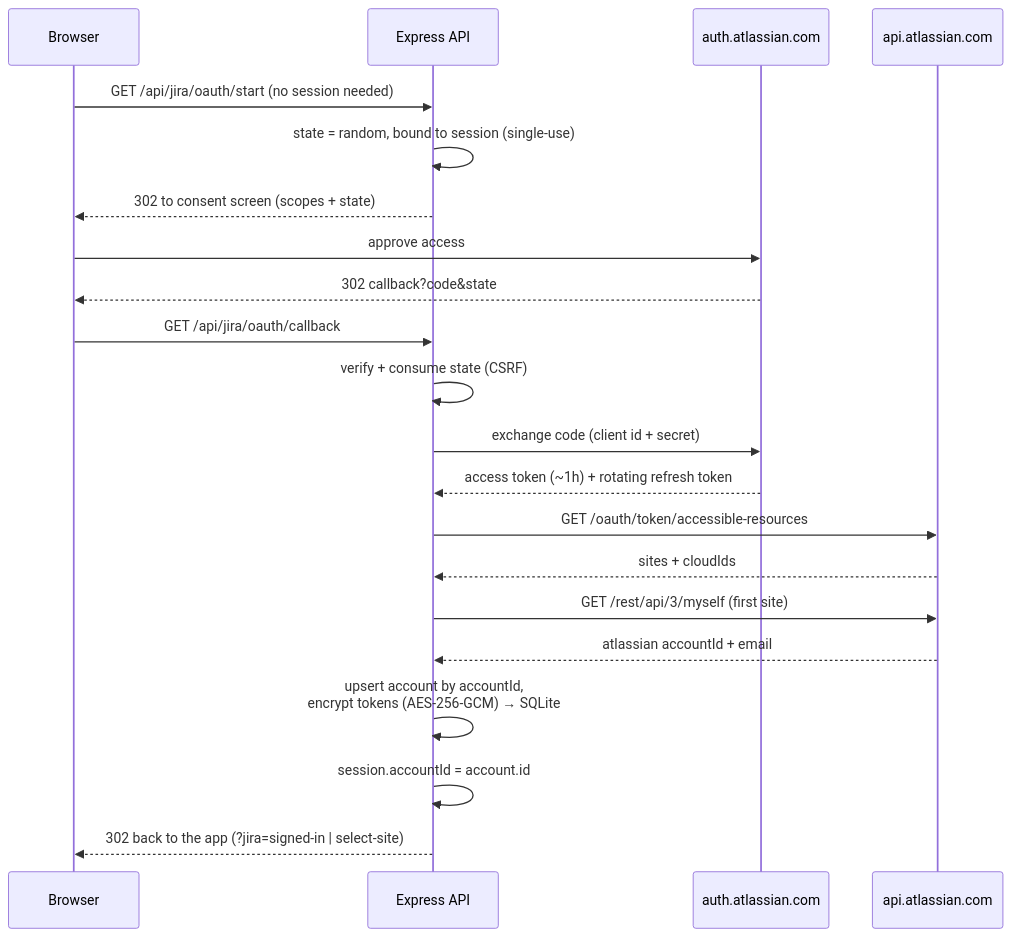
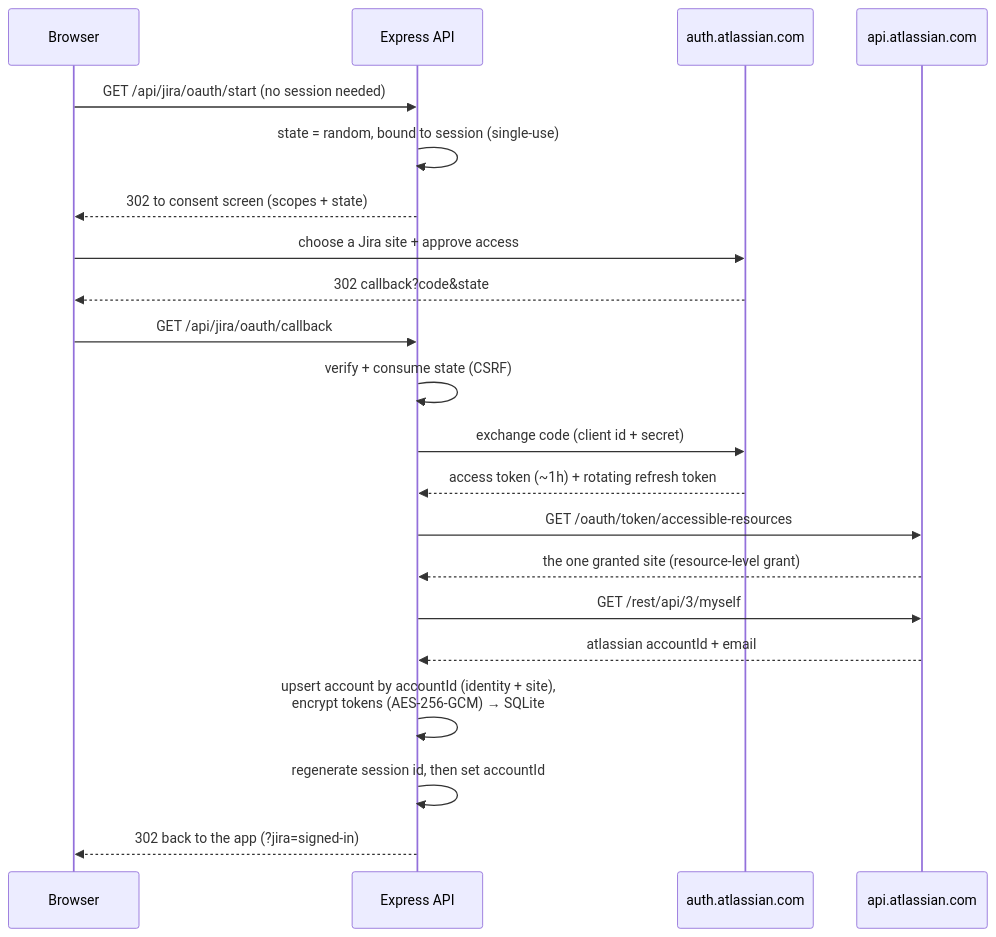
One commit to lerman01/IdentityHub changed the second of 4 diagrams in docs/ARCHITECTURE.md. Above: the diagram before and after it, drawn with Mermaid. The commit also changed other lines of this file and 16 other files, not shown here.

````diff
--- a/docs/ARCHITECTURE.md
+++ b/docs/ARCHITECTURE.md
@@ -55,24 +55,24 @@
 ```mermaid
 sequenceDiagram
     participant U as Browser
     participant A as Express API
     participant AT as auth.atlassian.com
     participant JA as api.atlassian.com
 
     U->>A: GET /api/jira/oauth/start (no session needed)
     A->>A: state = random, bound to session (single-use)
     A-->>U: 302 to consent screen (scopes + state)
-    U->>AT: approve access
+    U->>AT: choose a Jira site + approve access
     AT-->>U: 302 callback?code&state
     U->>A: GET /api/jira/oauth/callback
     A->>A: verify + consume state (CSRF)
     A->>AT: exchange code (client id + secret)
     AT-->>A: access token (~1h) + rotating refresh token
     A->>JA: GET /oauth/token/accessible-resources
-    JA-->>A: sites + cloudIds
-    A->>JA: GET /rest/api/3/myself (first site)
+    JA-->>A: the one granted site (resource-level grant)
+    A->>JA: GET /rest/api/3/myself
     JA-->>A: atlassian accountId + email
-    A->>A: upsert account by accountId,<br/>encrypt tokens (AES-256-GCM) → SQLite
-    A->>A: session.accountId = account.id
-    A-->>U: 302 back to the app (?jira=signed-in | select-site)
+    A->>A: upsert account by accountId (identity + site),<br/>encrypt tokens (AES-256-GCM) → SQLite
+    A->>A: regenerate session id, then set accountId
+    A-->>U: 302 back to the app (?jira=signed-in)
 ```
````
